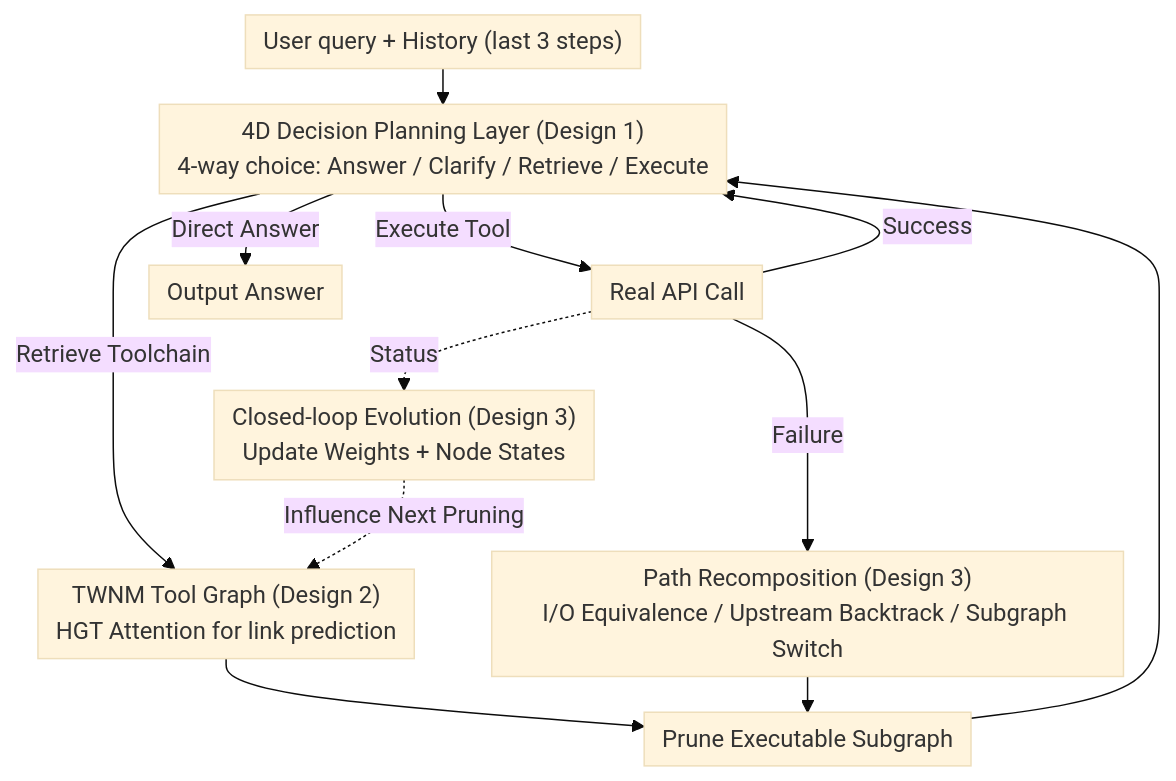
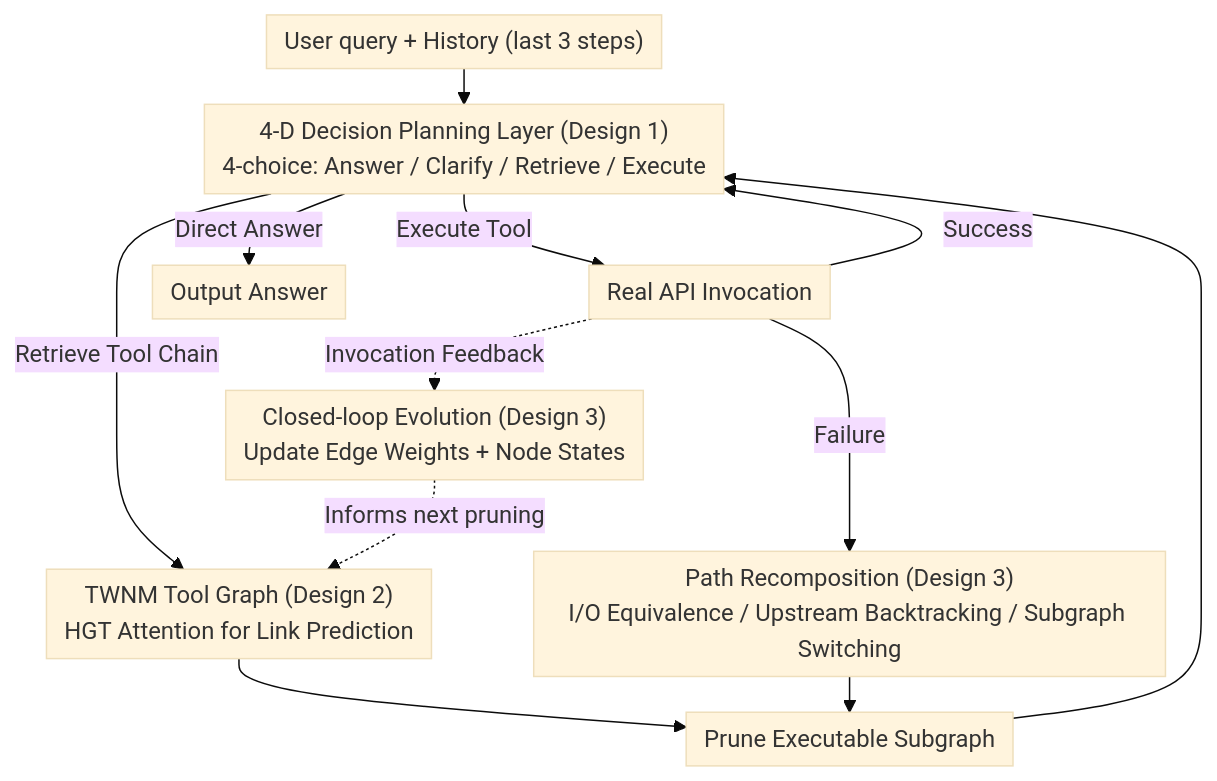
Before and after one commit to zhaoyang97/Paper-Notes-en: the diagram in docs/ICML2026/llm_agent/naviagent_graph-driven_bilevel_planning_for_scalable_tool_orchestration.md, drawn with Mermaid (base theme). The commit also changed other lines of this file and 5084 other files, not shown here.

````diff
--- a/docs/ICML2026/llm_agent/naviagent_graph-driven_bilevel_planning_for_scalable_tool_orchestration.md
+++ b/docs/ICML2026/llm_agent/naviagent_graph-driven_bilevel_planning_for_scalable_tool_orchestration.md
@@ -41,15 +41,15 @@
 ```mermaid
 %%{init: {'flowchart': {'rankSpacing': 24, 'nodeSpacing': 28, 'padding': 6, 'wrappingWidth': 400}}}%%
 flowchart TD
-    Q["User query + History (last 3 steps)"] --> F["4D Decision Planning Layer (Design 1)<br/>4-way choice: Answer / Clarify / Retrieve / Execute"]
-    F -->|Retrieve Toolchain| TW["TWNM Tool Graph (Design 2)<br/>HGT Attention for link prediction"]
+    Q["User query + History (last 3 steps)"] --> F["4-D Decision Planning Layer (Design 1)<br/>4-choice: Answer / Clarify / Retrieve / Execute"]
+    F -->|Retrieve Tool Chain| TW["TWNM Tool Graph (Design 2)<br/>HGT Attention for Link Prediction"]
     TW --> SUB["Prune Executable Subgraph"]
     SUB --> F
-    F -->|Execute Tool| EXE["Real API Call"]
+    F -->|Execute Tool| EXE["Real API Invocation"]
     EXE -->|Success| F
-    EXE -->|Failure| REC["Path Recomposition (Design 3)<br/>I/O Equivalence / Upstream Backtrack / Subgraph Switch"]
+    EXE -->|Failure| REC["Path Recomposition (Design 3)<br/>I/O Equivalence / Upstream Backtracking / Subgraph Switching"]
     REC --> SUB
-    EXE -.Status.-> UPD["Closed-loop Evolution (Design 3)<br/>Update Weights + Node States"]
-    UPD -.Influence Next Pruning.-> TW
+    EXE -.Invocation Feedback.-> UPD["Closed-loop Evolution (Design 3)<br/>Update Edge Weights + Node States"]
+    UPD -.Informs next pruning.-> TW
     F -->|Direct Answer| OUT["Output Answer"]
 ```
````
